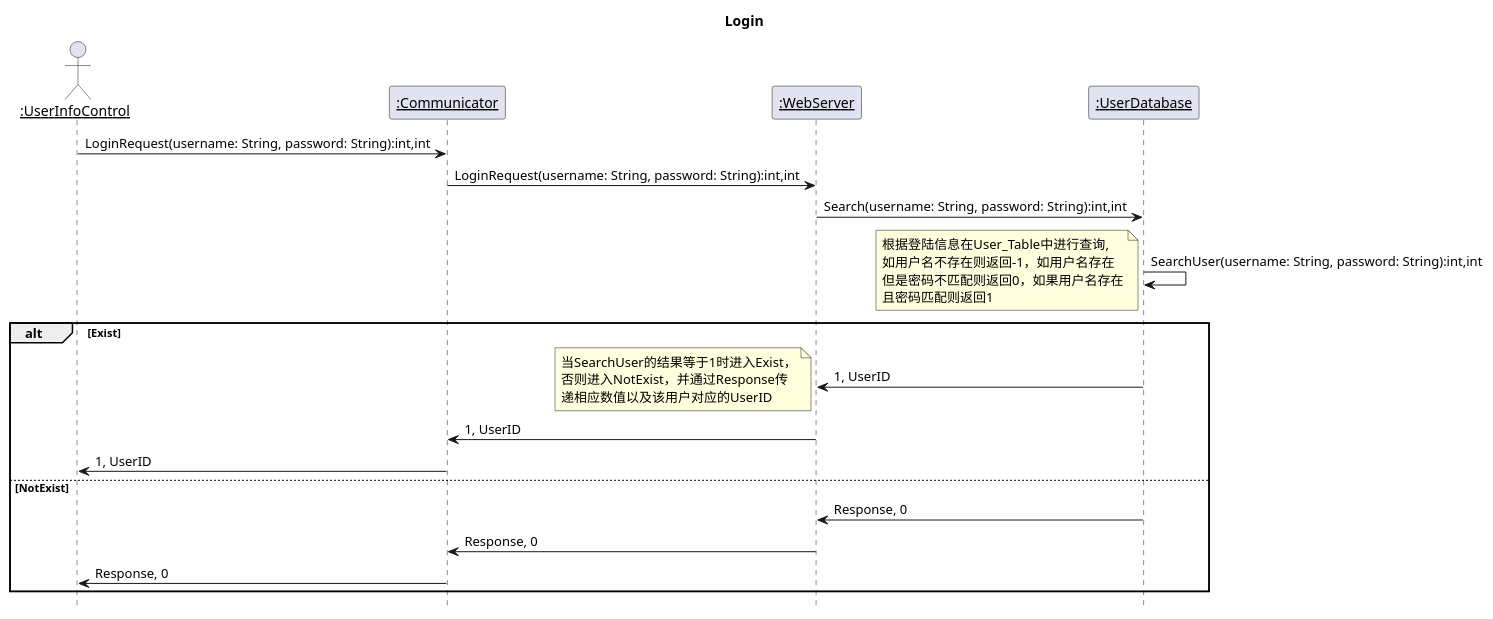
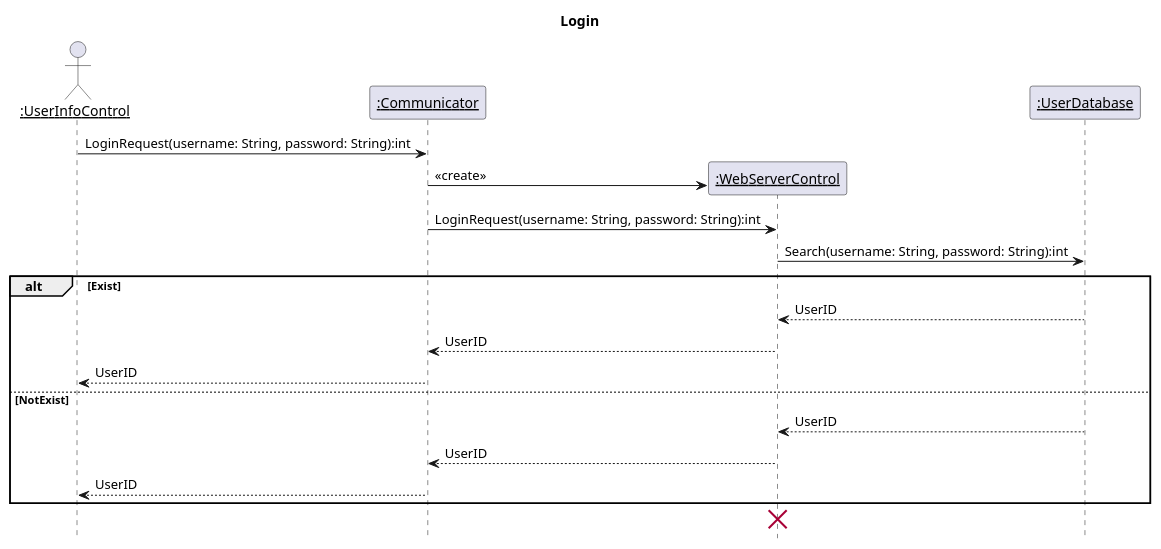
Before and after one commit to kpp19920121/doc: the sixth of 39 diagrams in 设计/顺序图.md, drawn with PlantUML. The commit also changed other lines of this file, not shown here.

Commit message:
更新了含服务器端部分的顺序图

````diff
--- a/设计/顺序图.md
+++ b/设计/顺序图.md
@@ -171,26 +174,26 @@
 ```PlantUML
 @startuml Diagrams/LoginServerSequenceDiagram.svg
 hide footbox
 title Login
 skinparam sequenceParticipant underline
 actor ":UserInfoControl" as Client
 participant ":Communicator" as Communicator
-participant ":WebServer" as WebServer
+participant ":WebServerControl" as WebServer
 participant ":UserDatabase" as UserDatabase
-Client->Communicator:LoginRequest(username: String, password: String):int,int
-Communicator->WebServer:LoginRequest(username: String, password: String):int,int
-WebServer->UserDatabase:Search(username: String, password: String):int,int
-UserDatabase->UserDatabase:SearchUser(username: String, password: String):int,int
-note left:根据登陆信息在User_Table中进行查询,\n如用户名不存在则返回-1，如用户名存在\n但是密码不匹配则返回0，如果用户名存在\n且密码匹配则返回1
+Client->Communicator:LoginRequest(username: String, password: String):int
+create WebServer
+Communicator->WebServer:<<create>>
+Communicator->WebServer:LoginRequest(username: String, password: String):int
+WebServer->UserDatabase:Search(username: String, password: String):int
 alt Exist
-  UserDatabase->WebServer:1, UserID
-  note left: 当SearchUser的结果等于1时进入Exist，\n否则进入NotExist，并通过Response传\n递相应数值以及该用户对应的UserID
-  WebServer->Communicator:1, UserID
-  Communicator->Client:1, UserID
+  UserDatabase-->WebServer:UserID
+  WebServer-->Communicator:UserID
+  Communicator-->Client:UserID
 else NotExist
-  UserDatabase->WebServer:Response, 0
-  WebServer->Communicator:Response, 0
-  Communicator->Client:Response, 0
+  UserDatabase-->WebServer:UserID
+  WebServer-->Communicator:UserID
+  Communicator-->Client:UserID
 end
+destroy WebServer
 @enduml
 ```
````
